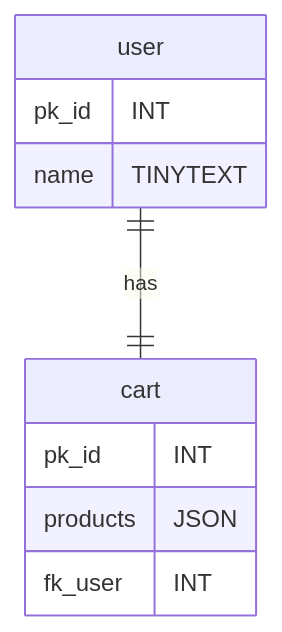
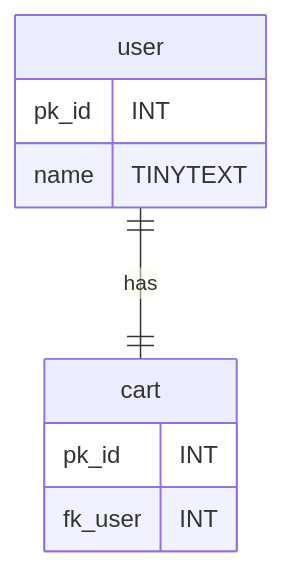
The sixth of 12 diagrams in SQL/Course/Apprendre le SQL.md (CHAOUCHI/parcours_cda), drawn with Mermaid before and after one commit. The commit also changed other lines of this file, not shown here.

````diff
--- a/SQL/Course/Apprendre le SQL.md
+++ b/SQL/Course/Apprendre le SQL.md
@@ -538,13 +537,12 @@
 ```mermaid 
 erDiagram
     user||--||cart : has
     user{
         pk_id INT
         name TINYTEXT
     }
     cart{
         pk_id INT
-        products JSON
         fk_user INT
     }
 ```
````
